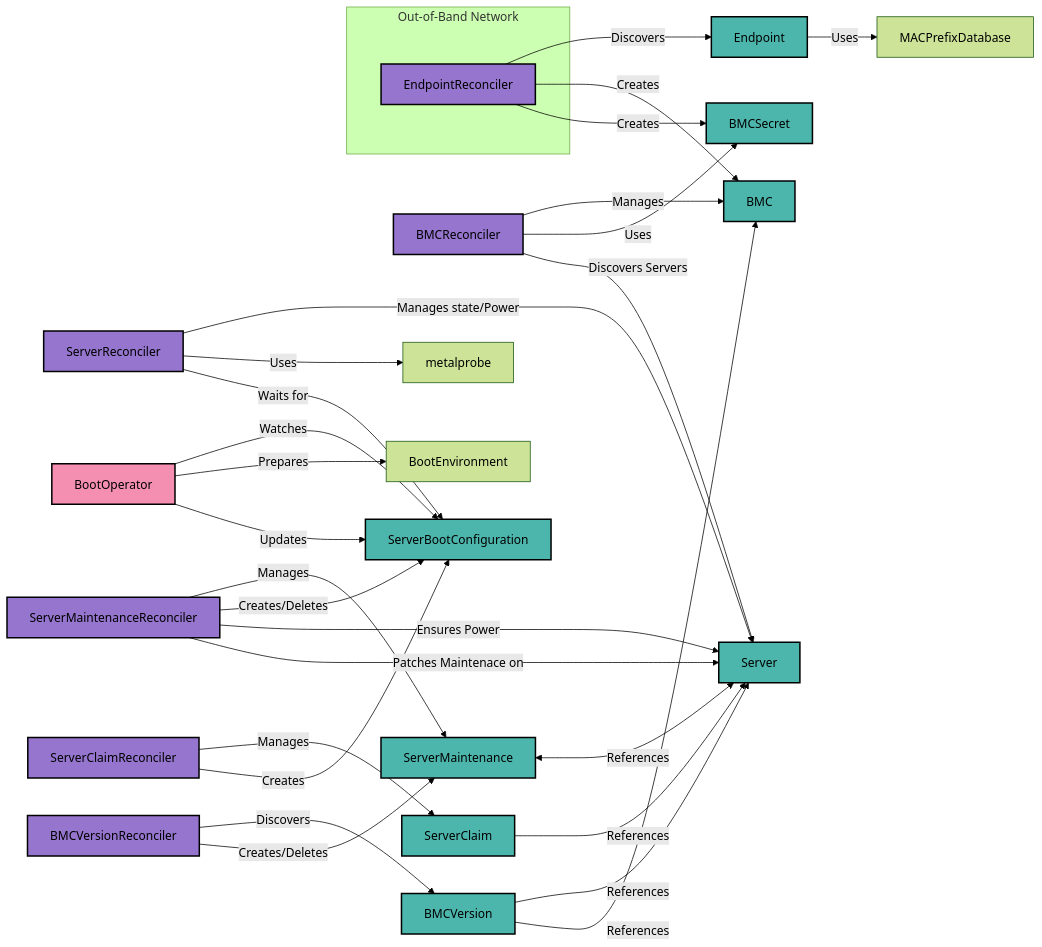
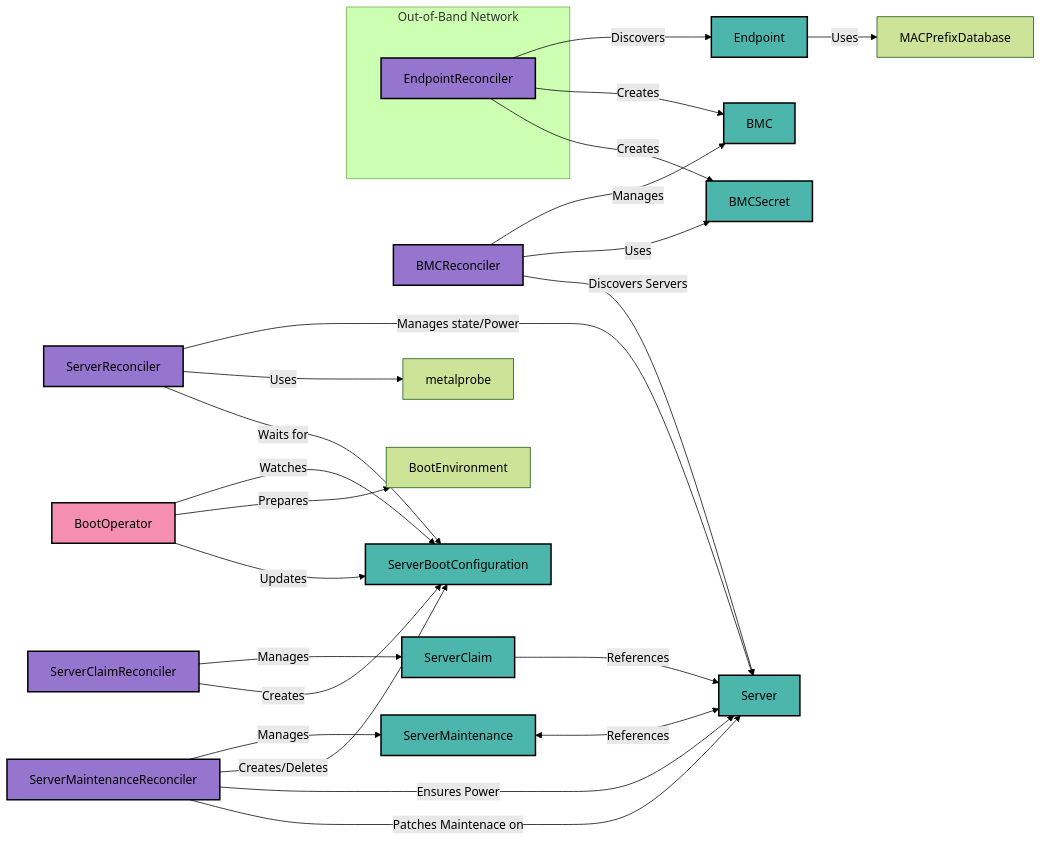
One commit to ironcore-dev/metal-operator changed the diagram in docs/architecture.md. Above: the diagram before and after it, drawn with Mermaid (forest theme). The commit also changed other lines of this file and 41 other files, not shown here.

````diff
--- a/docs/architecture.md
+++ b/docs/architecture.md
@@ -10,45 +10,40 @@
 ```mermaid
 flowchart LR
     subgraph Out-of-Band Network
         EndpointReconciler
     end
     EndpointReconciler -- Discovers --> Endpoint
     Endpoint -- Uses --> MACPrefixDatabase
     EndpointReconciler -- Creates --> BMC & BMCSecret
 
     BMCReconciler -- Manages --> BMC
     BMCReconciler -- Uses --> BMCSecret
     BMCReconciler -- Discovers Servers --> Server
 
     ServerReconciler -- Manages state/Power --> Server
     ServerReconciler -- Uses --> metalprobe
     ServerReconciler -- Waits for --> ServerBootConfiguration
     
     ServerMaintenanceReconciler -- Manages --> ServerMaintenance
     ServerMaintenanceReconciler -- Creates/Deletes --> ServerBootConfiguration
     ServerMaintenanceReconciler -- Ensures Power --> Server
     ServerMaintenanceReconciler -- Patches Maintenace on --> Server
 
     ServerMaintenance -- References <--> Server
 
     ServerClaimReconciler -- Manages --> ServerClaim
     ServerClaim -- References --> Server
     ServerClaimReconciler -- Creates --> ServerBootConfiguration
 
     BootOperator -- Watches --> ServerBootConfiguration
     BootOperator -- Prepares --> BootEnvironment
     BootOperator -- Updates --> ServerBootConfiguration
 
-    BMCVersionReconciler -- Discovers --> BMCVersion
-    BMCVersionReconciler -- Creates/Deletes --> ServerMaintenance
-    BMCVersion -- References --> Server
-    BMCVersion -- References --> BMC
-
     classDef operator fill:#9575cd, stroke:#000, stroke-width:2px, color:#000;
     classDef crd fill:#4db6ac, stroke:#000, stroke-width:2px, color:#000;
     classDef external fill:#f48fb1, stroke:#000, stroke-width:2px, color:#000;
 
-    class EndpointReconciler,BMCReconciler,ServerReconciler,ServerClaimReconciler,ServerMaintenanceReconciler,BMCVersionReconciler operator;
-    class Endpoint,BMC,BMCSecret,Server,ServerClaim,ServerBootConfiguration,ServerMaintenance,BMCVersion crd;
+    class EndpointReconciler,BMCReconciler,ServerReconciler,ServerClaimReconciler,ServerMaintenanceReconciler operator;
+    class Endpoint,BMC,BMCSecret,Server,ServerClaim,ServerBootConfiguration,ServerMaintenance crd;
     class BootOperator external;
 ```
````
